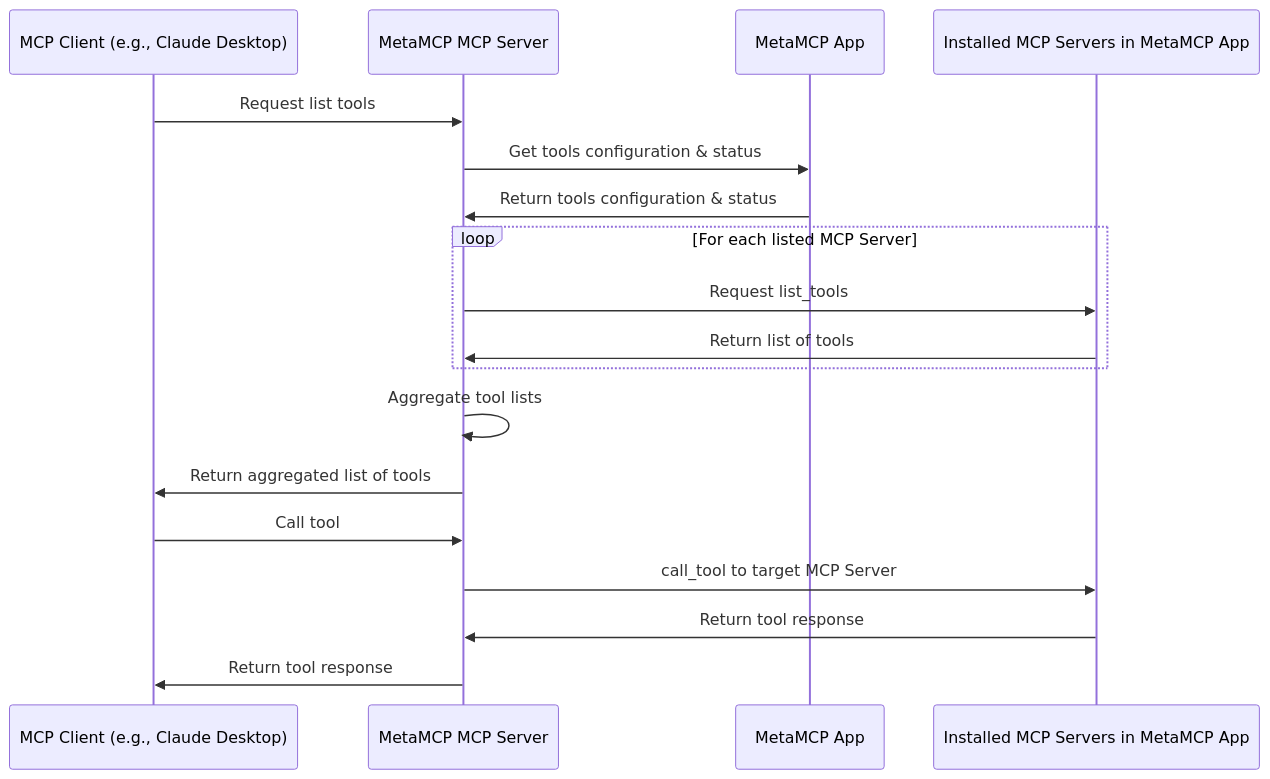
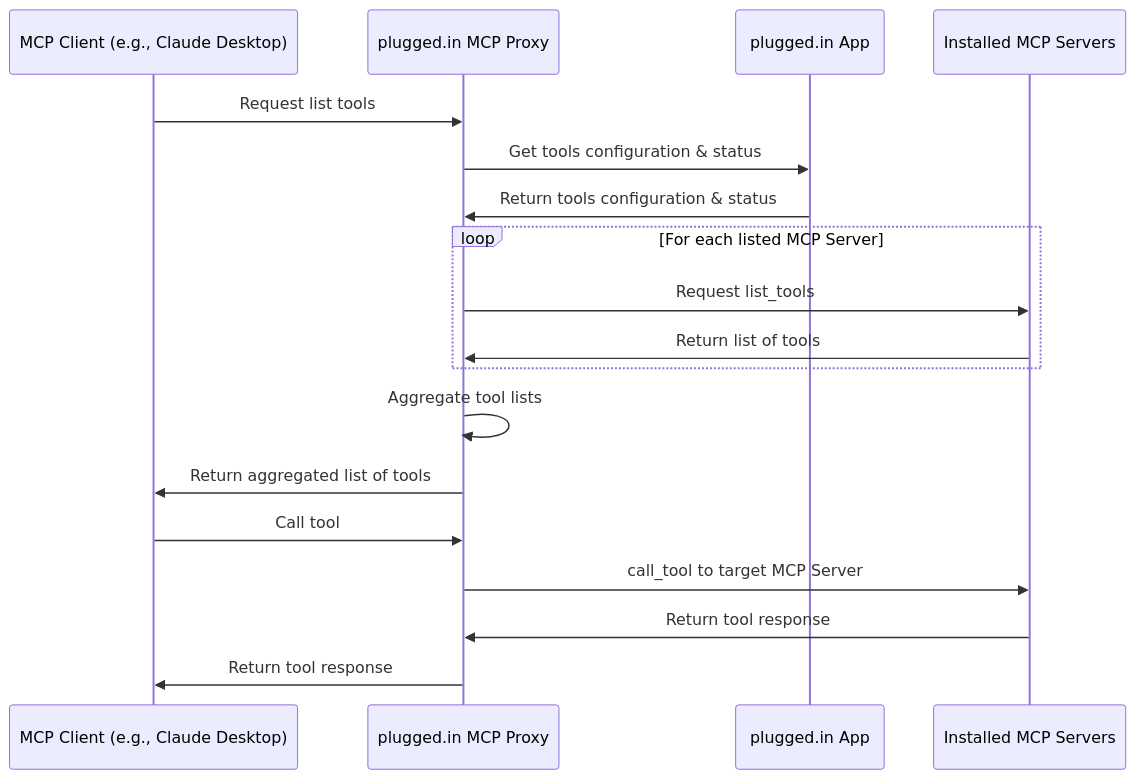
Before and after one commit to VeriTeknik/pluggedin-app: the diagram in README.md, drawn with Mermaid. The commit also changed other lines of this file and 19 other files, not shown here.

````diff
--- a/README.md
+++ b/README.md
@@ -37,24 +88,24 @@
 ```mermaid
 sequenceDiagram
     participant MCPClient as MCP Client (e.g., Claude Desktop)
-    participant MetaMCPMCP as MetaMCP MCP Server
-    participant MetaMCPApp as MetaMCP App
-    participant MCPServers as Installed MCP Servers in MetaMCP App
+    participant PluggedinMCP as plugged.in MCP Proxy
+    participant PluggedinApp as plugged.in App
+    participant MCPServers as Installed MCP Servers
 
-    MCPClient ->> MetaMCPMCP: Request list tools
-    MetaMCPMCP ->> MetaMCPApp: Get tools configuration & status
-    MetaMCPApp ->> MetaMCPMCP: Return tools configuration & status
+    MCPClient ->> PluggedinMCP: Request list tools
+    PluggedinMCP ->> PluggedinApp: Get tools configuration & status
+    PluggedinApp ->> PluggedinMCP: Return tools configuration & status
 
     loop For each listed MCP Server
-        MetaMCPMCP ->> MCPServers: Request list_tools
-        MCPServers ->> MetaMCPMCP: Return list of tools
+        PluggedinMCP ->> MCPServers: Request list_tools
+        MCPServers ->> PluggedinMCP: Return list of tools
     end
 
-    MetaMCPMCP ->> MetaMCPMCP: Aggregate tool lists
-    MetaMCPMCP ->> MCPClient: Return aggregated list of tools
+    PluggedinMCP ->> PluggedinMCP: Aggregate tool lists
+    PluggedinMCP ->> MCPClient: Return aggregated list of tools
 
-    MCPClient ->> MetaMCPMCP: Call tool
-    MetaMCPMCP ->> MCPServers: call_tool to target MCP Server
-    MCPServers ->> MetaMCPMCP: Return tool response
-    MetaMCPMCP ->> MCPClient: Return tool response
+    MCPClient ->> PluggedinMCP: Call tool
+    PluggedinMCP ->> MCPServers: call_tool to target MCP Server
+    MCPServers ->> PluggedinMCP: Return tool response
+    PluggedinMCP ->> MCPClient: Return tool response
 ```
````
